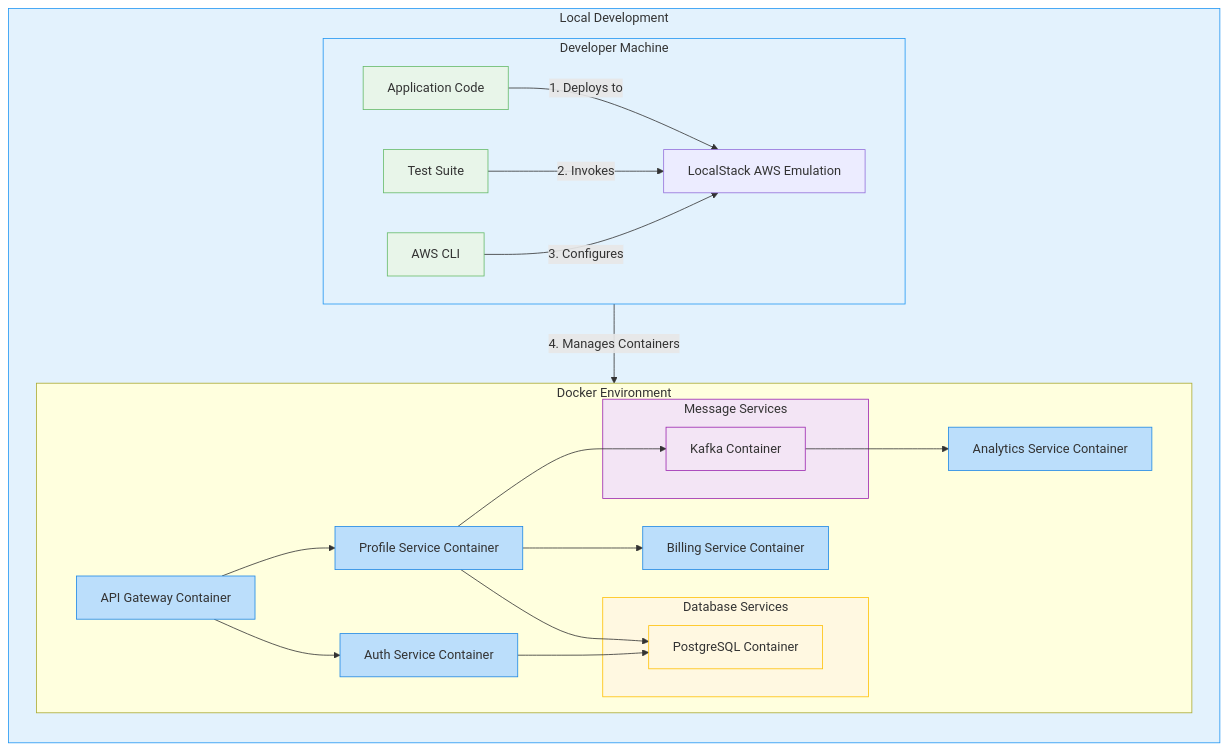
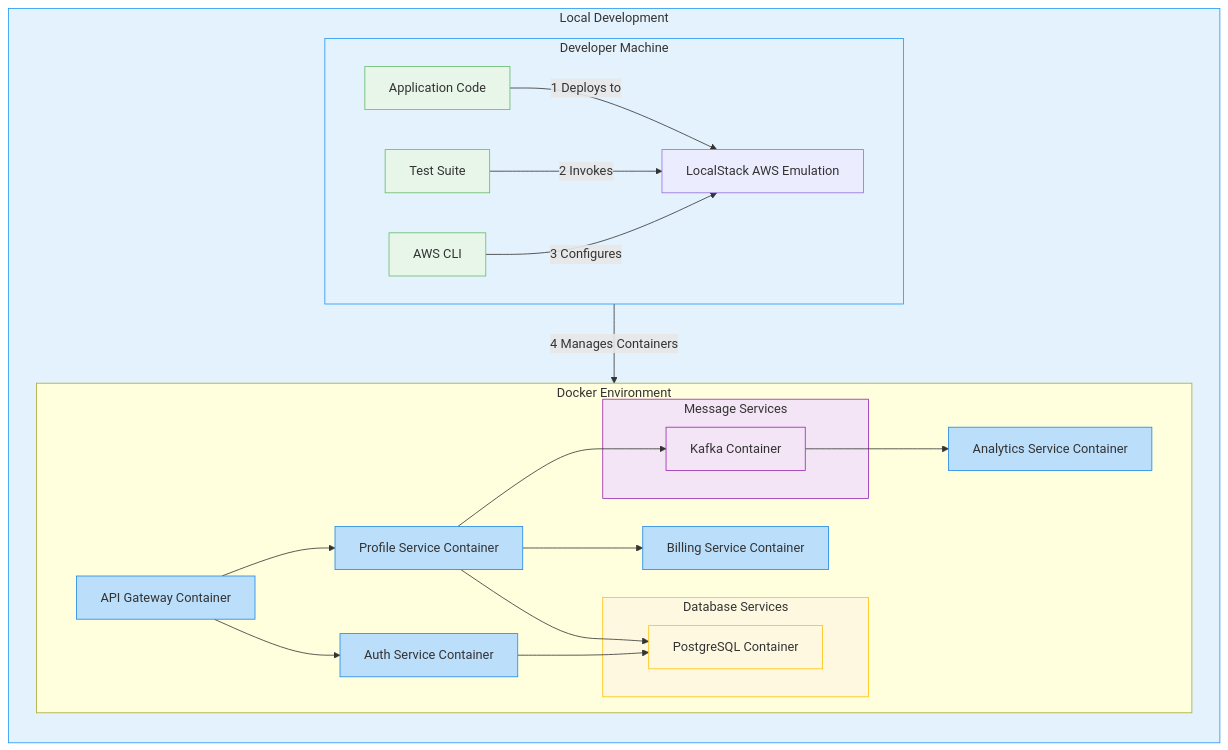
One commit to PritiAryal/MediCore changed the second of 2 diagrams in infrastructure/README.md. Above: the diagram before and after it, drawn with Mermaid. The commit also changed 1 other file, not shown here.

````diff
--- a/infrastructure/README.md
+++ b/infrastructure/README.md
@@ -218,52 +218,52 @@
 ```mermaid
 flowchart TB
                     subgraph Local[Local Development]
                         direction TB
                         
                         subgraph IDE[Developer Machine]
                             direction LR
-                            Code[Application Code] -->|1. Deploys to| LocalStack[LocalStack AWS Emulation]
-                            Tests[Test Suite] -->|2. Invokes| LocalStack
-                            CLI[AWS CLI] -->|3. Configures| LocalStack
+                            Code[Application Code] -->|1 Deploys to| LocalStack[LocalStack AWS Emulation]
+                            Tests[Test Suite] -->|2 Invokes| LocalStack
+                            CLI[AWS CLI] -->|3 Configures| LocalStack
                         end
                         
                         subgraph DockerEnv[Docker Environment]
                             APIGW[API Gateway Container]
                             AUTH[Auth Service Container]
                             PROFILE[Profile Service Container]
                             BILLING[Billing Service Container]
                             ANALYTICS[Analytics Service Container]
                             
                             subgraph DB[Database Services]
                                 POSTGRES[PostgreSQL Container]
                             end
                             
                             subgraph MSG[Message Services]
                                 KAFKA[Kafka Container]
                             end
                         end
                         
-                        LocalStack -->|"4. Manages Containers"| DockerEnv
+                        LocalStack -->|4 Manages Containers| DockerEnv
                         
                         %% Service Connections
                         APIGW --> AUTH
                         APIGW --> PROFILE
                         PROFILE --> BILLING
                         PROFILE --> KAFKA
                         KAFKA --> ANALYTICS
                         AUTH --> POSTGRES
                         PROFILE --> POSTGRES
                     end
                     
                     classDef dev fill:#e3f2fd,stroke:#2196f3;
                     classDef container fill:#bbdefb,stroke:#1e88e5;
                     classDef db fill:#fff8e1,stroke:#ffc107;
                     classDef msg fill:#f3e5f5,stroke:#9c27b0;
                     classDef tool fill:#e8f5e9,stroke:#66bb6a;
                     
                     class Local,IDE dev;
                     class APIGW,AUTH,PROFILE,BILLING,ANALYTICS container;
                     class DB,POSTGRES db;
                     class MSG,KAFKA msg;
                     class Code,Tests,CLI tool;
 ```
````
